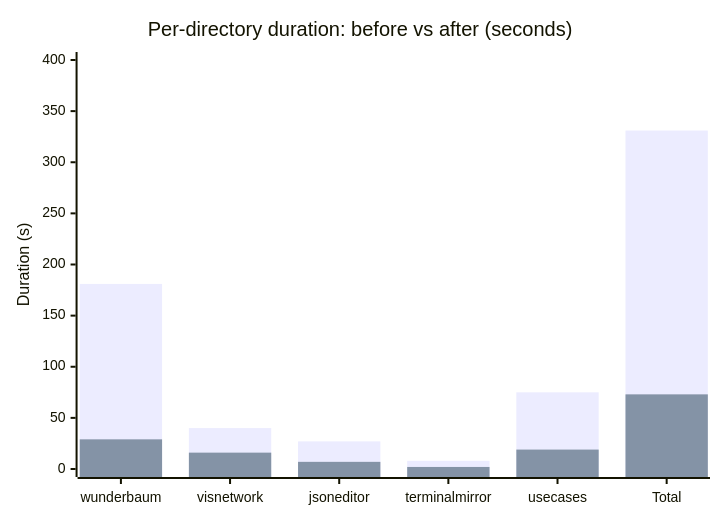
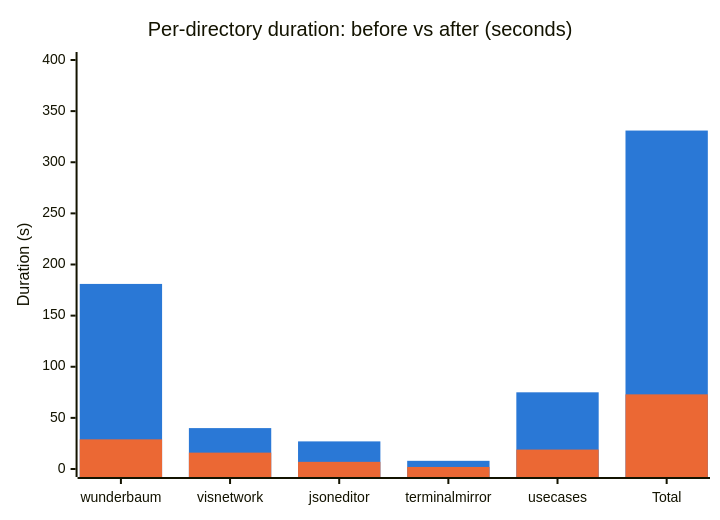
One commit to opensemanticworld/panelini changed the diagram in data/bench/test-suite/CHARTS.md. Above: the diagram before and after it, drawn with Mermaid. The commit also changed 2 other files, not shown here.

Commit message:
test: add bench test details

````diff
--- a/data/bench/test-suite/CHARTS.md
+++ b/data/bench/test-suite/CHARTS.md
@@ -23,8 +23,9 @@
 ```mermaid
+%%{init: {"themeVariables": {"xyChart": {"plotColorPalette": "#2a78d6, #eb6834"}}}}%%
 xychart-beta
     title "Per-directory duration: before vs after (seconds)"
     x-axis ["wunderbaum", "visnetwork", "jsoneditor", "terminalmirror", "usecases", "Total"]
     y-axis "Duration (s)" 0 --> 400
     bar [181, 40, 27, 8, 75, 331]
     bar [29, 16, 7, 2, 19, 73]
 ```
````
